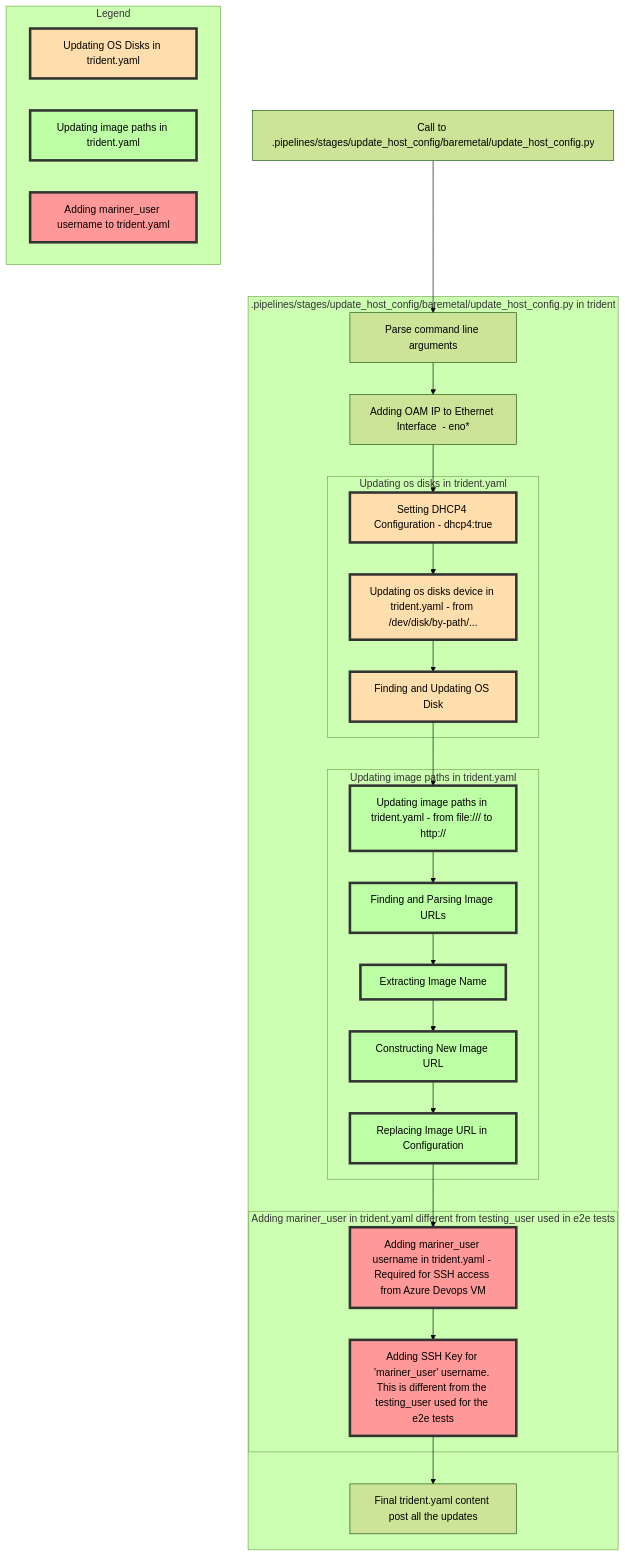
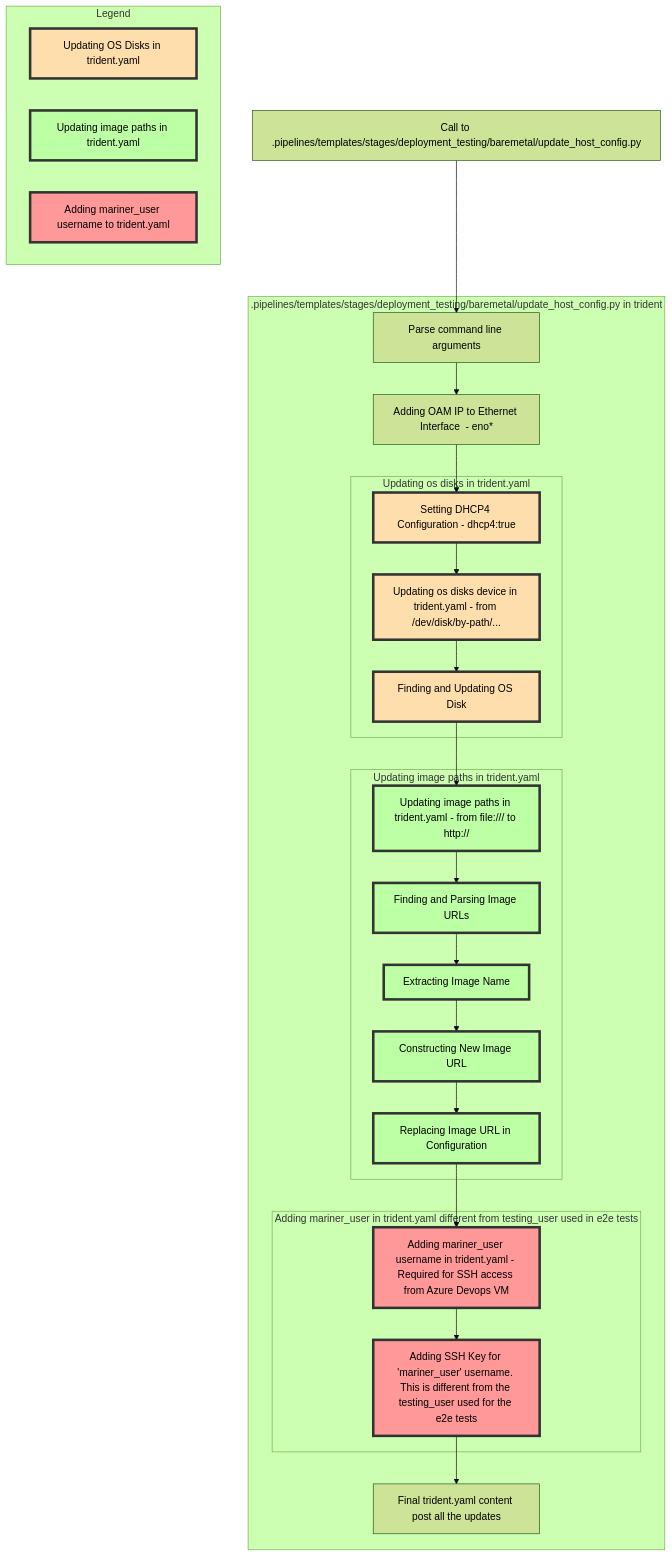
The diagram in dev-docs/diagrams/update-trident-yaml.mmd (microsoft/trident), drawn with Mermaid (forest theme) before and after one commit. The commit also changed 60 other files, not shown here.

```diff
--- a/dev-docs/diagrams/update-trident-yaml.mmd
+++ b/dev-docs/diagrams/update-trident-yaml.mmd
@@ -1,37 +1,37 @@
 graph TD;
     classDef Red fill:#FF9999,stroke:#333,stroke-width:4px;
     classDef Amber fill:#FFDEAD,stroke:#333,stroke-width:4px;
     classDef Green fill:#BDFFA4,stroke:#333,stroke-width:4px;
-    A[Call to .pipelines/stages/update_host_config/baremetal/update_host_config.py] --> B[Parse command line arguments];
-    subgraph .pipelines/stages/update_host_config/baremetal/update_host_config.py in trident
+    A[Call to .pipelines/templates/stages/deployment_testing/baremetal/update_host_config.py] --> B[Parse command line arguments];
+    subgraph .pipelines/templates/stages/deployment_testing/baremetal/update_host_config.py in trident
       B --> C[Adding OAM IP to Ethernet Interface  - eno*]
       C --> D[Setting DHCP4 Configuration - dhcp4:true];
       subgraph Updating os disks in trident.yaml
         D --> E[Updating os disks device in trident.yaml - from /dev/disk/by-path/...];
         E --> F[Finding and Updating OS Disk];
       end
       subgraph Updating image paths in trident.yaml
         F --> G[Updating image paths in trident.yaml - from file:/// to http://];
         G --> H[Finding and Parsing Image URLs];
         H --> I[Extracting Image Name];
         I --> J[Constructing New Image URL];
         J --> K[Replacing Image URL in Configuration];
       end
       subgraph Adding mariner_user in trident.yaml different from testing_user used in e2e tests
         K --> L[Adding mariner_user username in trident.yaml - Required for SSH access from Azure Devops VM];
         L --> M[Adding SSH Key for 'mariner_user' username. This is different from the testing_user used for the e2e tests];
       end
       M --> N[Final trident.yaml content post all the updates];
       class D,E,F Amber;
       class G,H,I,J,K Green;
       class L,M Red;
     end
     subgraph Legend
         direction LR
         LE2[Updating OS Disks in trident.yaml]
         LE3[Updating image paths in trident.yaml]
         LE4[Adding mariner_user username to trident.yaml]
         class LE2 Amber;
         class LE3 Green;
         class LE4 Red;
     end
```
